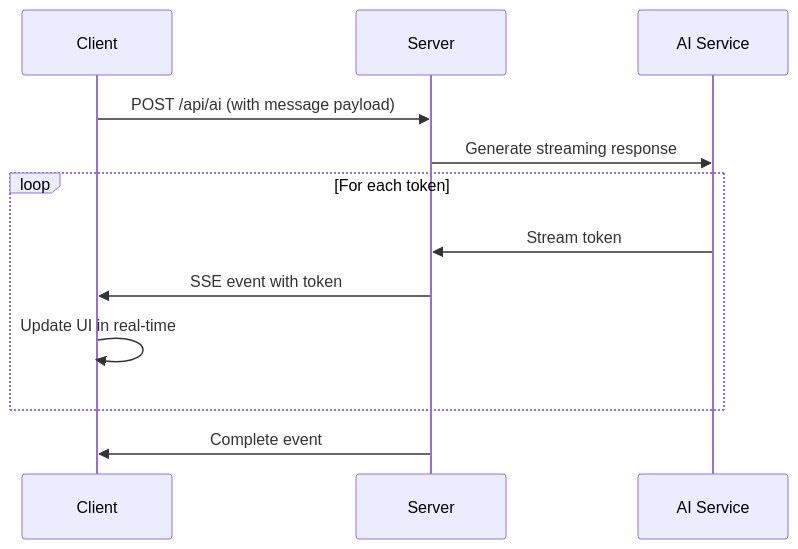
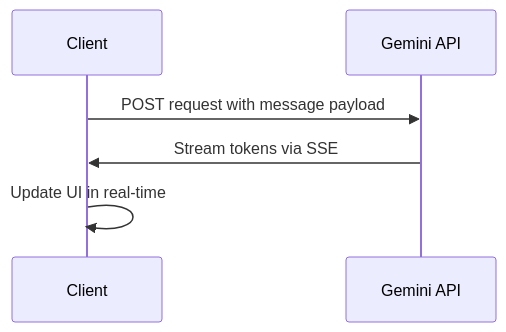
One commit to cuongbuoi/retro-ai-agent changed the fourth of 8 diagrams in memory-bank/systemPatterns.md. Above: the diagram before and after it, drawn with Mermaid. The commit also changed other lines of this file and 40 other files, not shown here.

````diff
--- a/memory-bank/systemPatterns.md
+++ b/memory-bank/systemPatterns.md
@@ -52,11 +52,6 @@
 ```mermaid
 sequenceDiagram
-    Client->>Server: POST /api/ai (with message payload)
-    Server->>AI Service: Generate streaming response
-    loop For each token
-        AI Service->>Server: Stream token
-        Server->>Client: SSE event with token
-        Client->>Client: Update UI in real-time
-    end
-    Server->>Client: Complete event
+    Client->>Gemini API: POST request with message payload
+    Gemini API->>Client: Stream tokens via SSE
+    Client->>Client: Update UI in real-time
 ```
````
